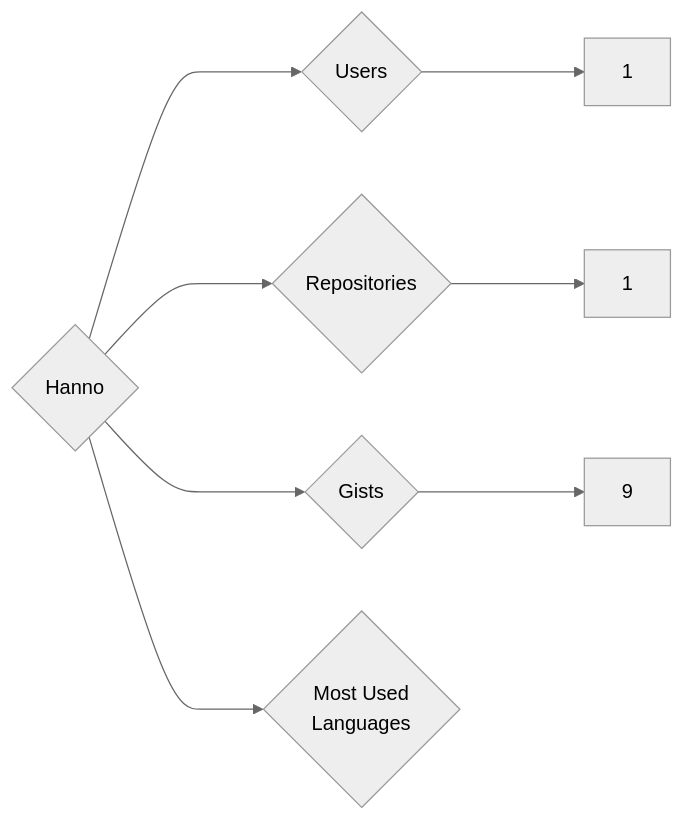
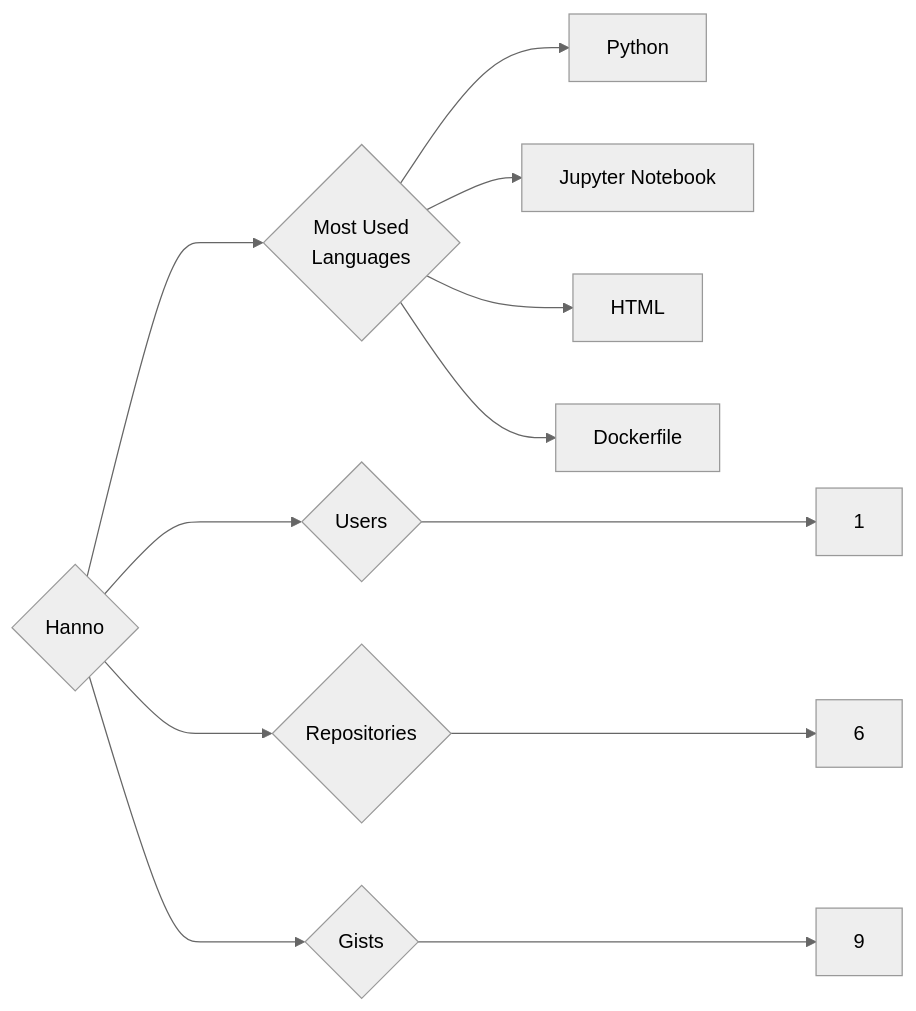
The diagram in targets/Hanno/README.md (trickest/insiders), drawn with Mermaid (neutral theme) before and after one commit. The commit also changed 857 other files, not shown here.

````diff
--- a/targets/Hanno/README.md
+++ b/targets/Hanno/README.md
@@ -3,8 +3,12 @@
 ```mermaid
 graph LR
 COMPANY_NAME{Hanno}
 COMPANY_NAME ---> U{Users} ---> UN[1]
-COMPANY_NAME ---> R{Repositories} ---> RN[1]
+COMPANY_NAME ---> R{Repositories} ---> RN[6]
 COMPANY_NAME ---> G{Gists} ---> GN[9]
 COMPANY_NAME ---> ML{Most Used<br>Languages}
+ML --> Python[Python]
+ML --> Jupyter_Notebook[Jupyter Notebook]
+ML --> HTML[HTML]
+ML --> Dockerfile[Dockerfile]
 ```
````
